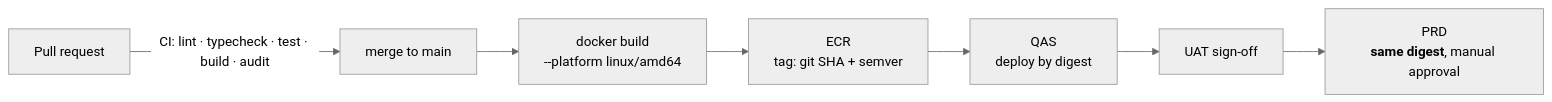
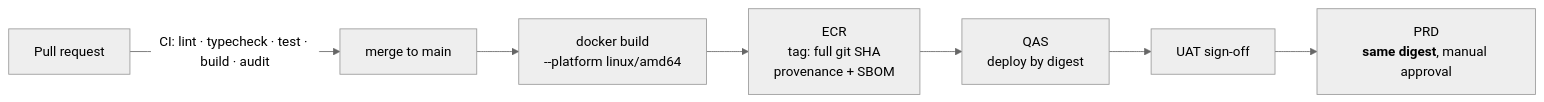
One commit to EBIM-IA/cdr-pim-platform changed the diagram in docs/architecture/DEPLOYMENT_STRATEGY.md. Above: the diagram before and after it, drawn with Mermaid (neutral theme). The commit also changed other lines of this file and 74 other files, not shown here.

````diff
--- a/docs/architecture/DEPLOYMENT_STRATEGY.md
+++ b/docs/architecture/DEPLOYMENT_STRATEGY.md
@@ -26,9 +27,9 @@
 ```mermaid
 graph LR
     pr[Pull request] -->|CI: lint · typecheck · test · build · audit| main[merge to main]
     main --> build["docker build<br/>--platform linux/amd64"]
-    build --> ecr["ECR<br/>tag: git SHA + semver"]
+    build --> ecr["ECR<br/>tag: full git SHA<br/>provenance + SBOM"]
     ecr --> qas["QAS<br/>deploy by digest"]
     qas --> uat[UAT sign-off]
     uat --> prd["PRD<br/><b>same digest</b>, manual approval"]
 ```
````
